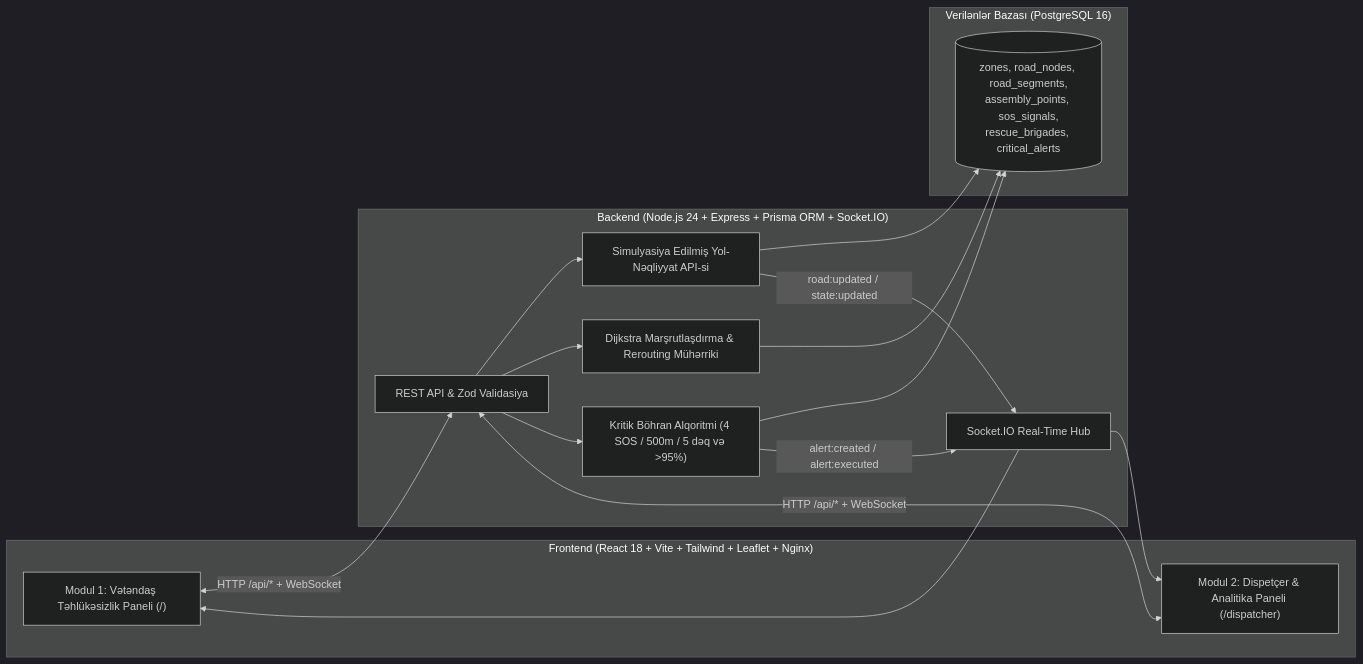
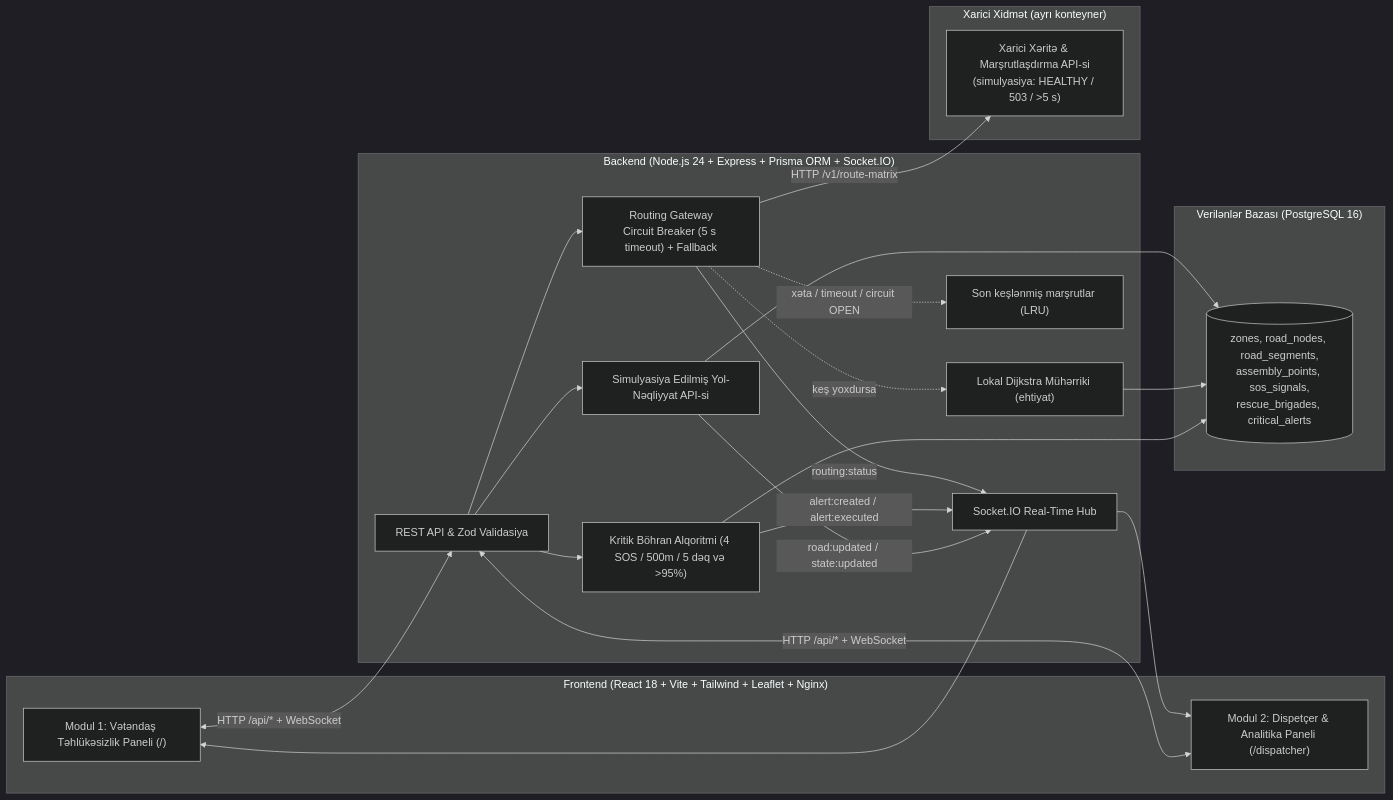
Before and after one commit to karamsafarli/dca_final: the diagram in README.md, drawn with Mermaid (dark theme). The commit also changed other lines of this file and 51 other files, not shown here.

````diff
--- a/README.md
+++ b/README.md
@@ -9,32 +9,42 @@
 ```mermaid
 flowchart LR
     subgraph Frontend ["Frontend (React 18 + Vite + Tailwind + Leaflet + Nginx)"]
         M1["Modul 1: Vətəndaş Təhlükəsizlik Paneli (/)"]
         M2["Modul 2: Dispetçer & Analitika Paneli (/dispatcher)"]
     end
 
     subgraph Backend ["Backend (Node.js 24 + Express + Prisma ORM + Socket.IO)"]
         REST["REST API & Zod Validasiya"]
         TRAFFIC["Simulyasiya Edilmiş Yol-Nəqliyyat API-si"]
-        ROUTER["Dijkstra Marşrutlaşdırma & Rerouting Mühərriki"]
+        GATEWAY["Routing Gateway<br/>Circuit Breaker (5 s timeout) + Fallback"]
+        ROUTER["Lokal Dijkstra Mühərriki (ehtiyat)"]
+        CACHE["Son keşlənmiş marşrutlar (LRU)"]
         CRISIS["Kritik Böhran Alqoritmi (4 SOS / 500m / 5 dəq və >95%)"]
         WS["Socket.IO Real-Time Hub"]
+    end
+
+    subgraph EXT ["Xarici Xidmət (ayrı konteyner)"]
+        MAPAPI["Xarici Xəritə & Marşrutlaşdırma API-si<br/>(simulyasiya: HEALTHY / 503 / >5 s)"]
     end
 
     subgraph DB ["Verilənlər Bazası (PostgreSQL 16)"]
         PG[("zones, road_nodes, road_segments,\nassembly_points, sos_signals,\nrescue_brigades, critical_alerts")]
     end
 
     M1 <-->|"HTTP /api/* + WebSocket"| REST
     M2 <-->|"HTTP /api/* + WebSocket"| REST
     REST --> TRAFFIC
-    REST --> ROUTER
+    REST --> GATEWAY
+    GATEWAY -->|"HTTP /v1/route-matrix"| MAPAPI
+    GATEWAY -.->|"xəta / timeout / circuit OPEN"| CACHE
+    GATEWAY -.->|"keş yoxdursa"| ROUTER
+    GATEWAY -->|"routing:status"| WS
     REST --> CRISIS
     TRAFFIC --> PG
     ROUTER --> PG
     CRISIS --> PG
     CRISIS -->|"alert:created / alert:executed"| WS
     TRAFFIC -->|"road:updated / state:updated"| WS
     WS --> M1
     WS --> M2
 ```
````
